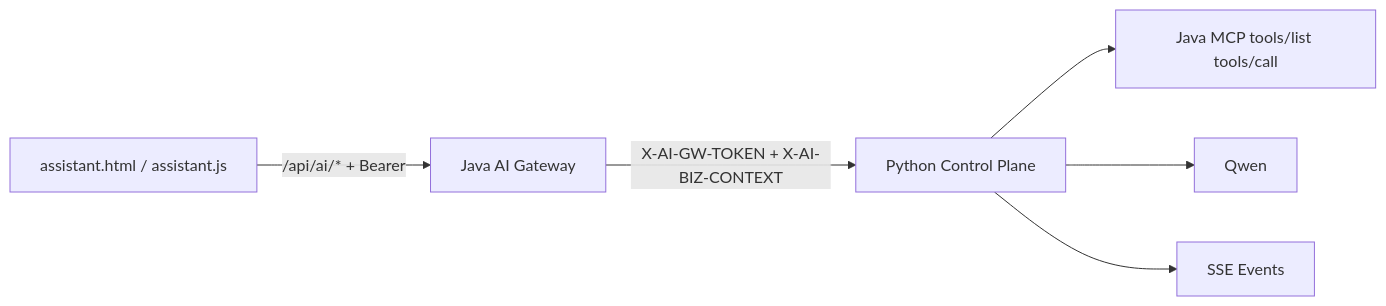
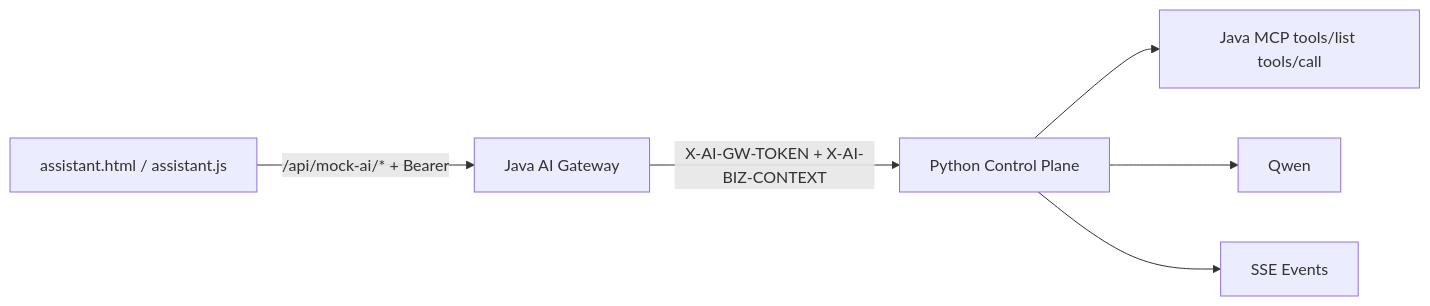
The diagram in source/_posts/ai-chat-java-ai-gateway-python.md (WillfordZhan/WillfordZhan.github.io), drawn with Mermaid before and after one commit. The commit also changed other lines of this file and 9 other files, not shown here.

````diff
--- a/source/_posts/ai-chat-java-ai-gateway-python.md
+++ b/source/_posts/ai-chat-java-ai-gateway-python.md
@@ -38,8 +38,8 @@
 ```mermaid
 flowchart LR
-  FE[assistant.html / assistant.js] -->|/api/ai/* + Bearer| JGW[Java AI Gateway]
+  FE[assistant.html / assistant.js] -->|/api/mock-ai/* + Bearer| JGW[Java AI Gateway]
   JGW -->|X-AI-GW-TOKEN + X-AI-BIZ-CONTEXT| PY[Python Control Plane]
   PY --> MCP[Java MCP tools/list tools/call]
   PY --> LLM[Qwen]
   PY --> SSE[SSE Events]
 ```
````
